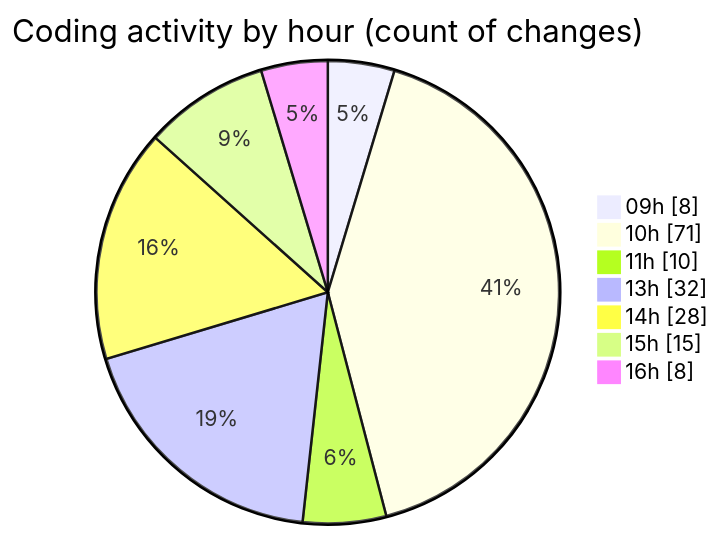
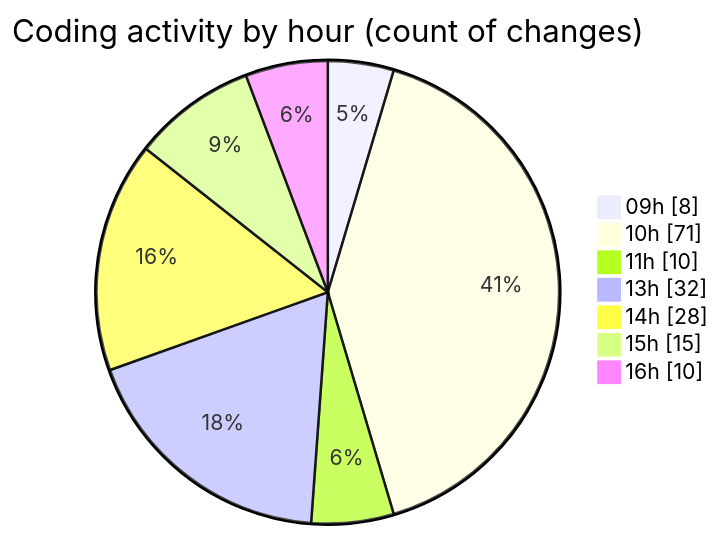
The second of 2 diagrams in 2025-06-03/ecodeli-1/README.md (CELIANVF/code-tracking), drawn with Mermaid before and after one commit. The commit also changed other lines of this file and 1 other file, not shown here.

````diff
--- a/2025-06-03/ecodeli-1/README.md
+++ b/2025-06-03/ecodeli-1/README.md
@@ -77,11 +78,11 @@
 ```mermaid
 pie showData
 title Coding activity by hour (count of changes)
 "09h" : 8
 "10h" : 71
 "11h" : 10
 "13h" : 32
 "14h" : 28
 "15h" : 15
-"16h" : 8
+"16h" : 10
 ```
````
